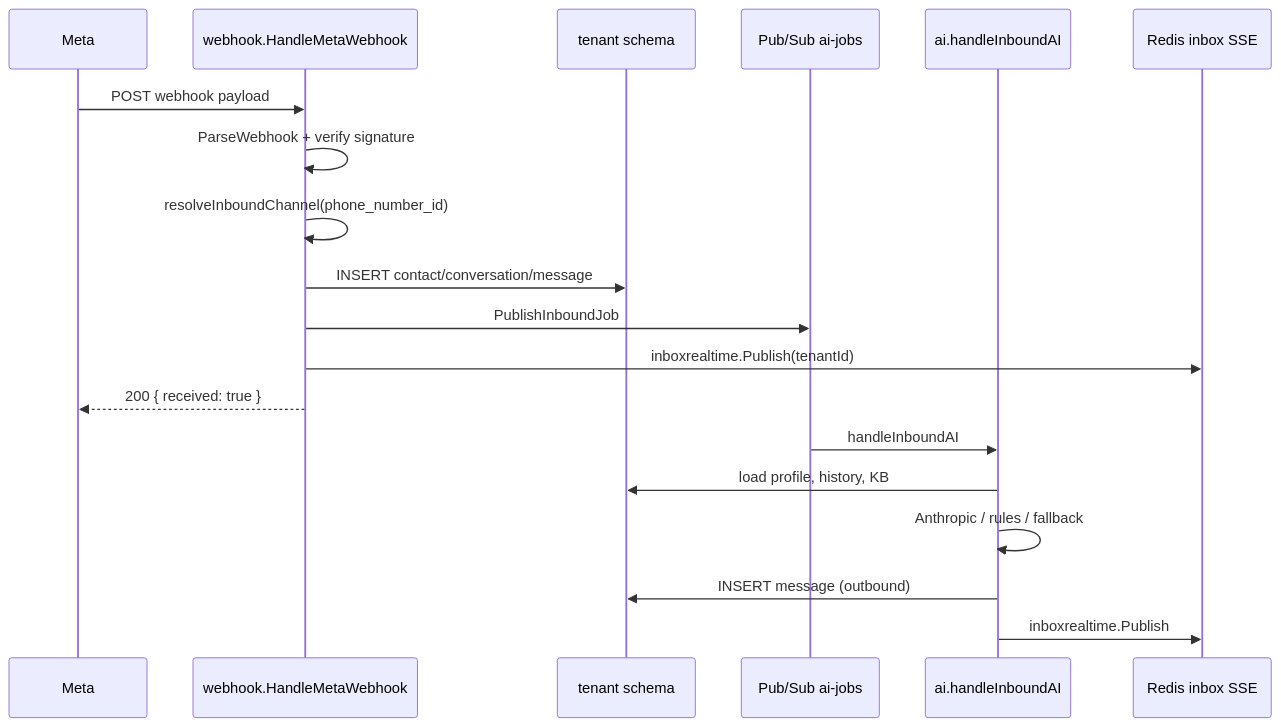
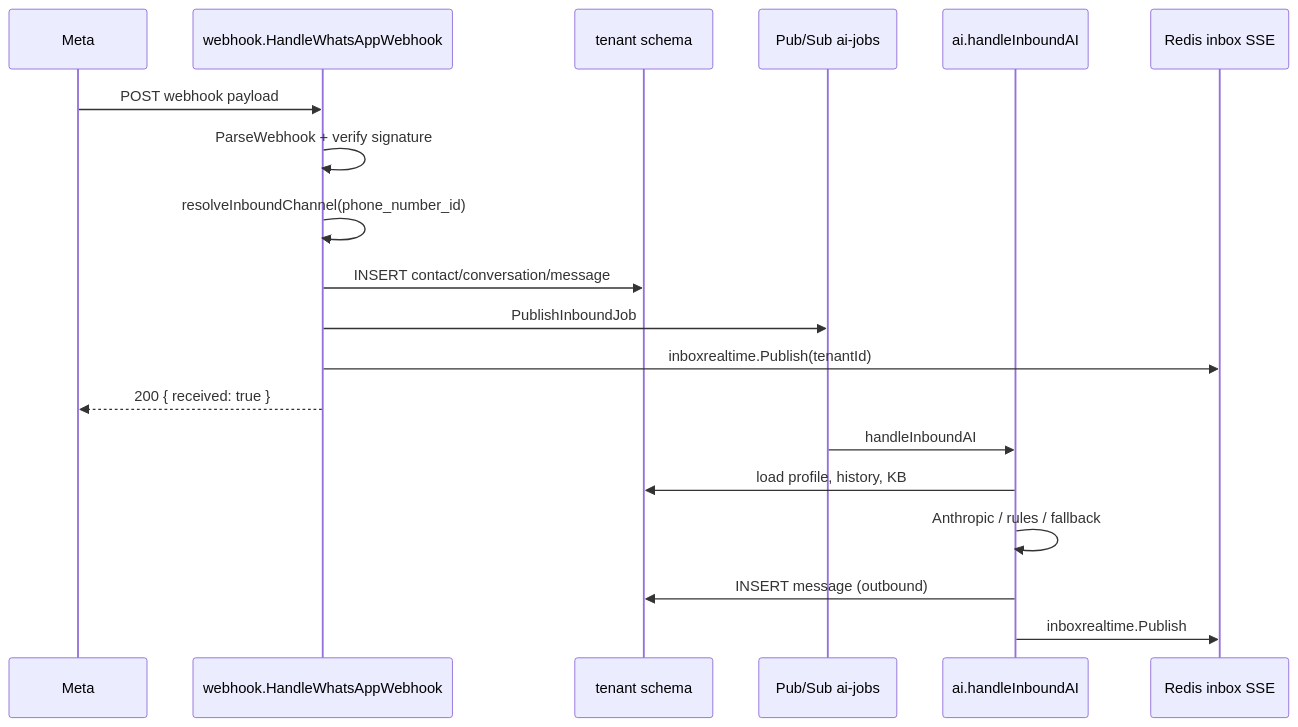
The fourth of 9 diagrams in DEVELOPER_DOCUMENTATION.md (vwijaya03/wabantu-api-go), drawn with Mermaid before and after one commit. The commit also changed other lines of this file and 13 other files, not shown here.

First line of the commit message:
fix(webhook): hapus route legacy WhatsApp, sisakan /api/v1/webhook/whatsapp

````diff
--- a/DEVELOPER_DOCUMENTATION.md
+++ b/DEVELOPER_DOCUMENTATION.md
@@ -757,22 +755,22 @@
 ```mermaid
 sequenceDiagram
   participant M as Meta
-  participant W as webhook.HandleMetaWebhook
+  participant W as webhook.HandleWhatsAppWebhook
   participant DB as tenant schema
   participant PS as Pub/Sub ai-jobs
   participant AI as ai.handleInboundAI
   participant R as Redis inbox SSE
 
   M->>W: POST webhook payload
   W->>W: ParseWebhook + verify signature
   W->>W: resolveInboundChannel(phone_number_id)
   W->>DB: INSERT contact/conversation/message
   W->>PS: PublishInboundJob
   W->>R: inboxrealtime.Publish(tenantId)
   W-->>M: 200 { received: true }
   PS->>AI: handleInboundAI
   AI->>DB: load profile, history, KB
   AI->>AI: Anthropic / rules / fallback
   AI->>DB: INSERT message (outbound)
   AI->>R: inboxrealtime.Publish
 ```
````
